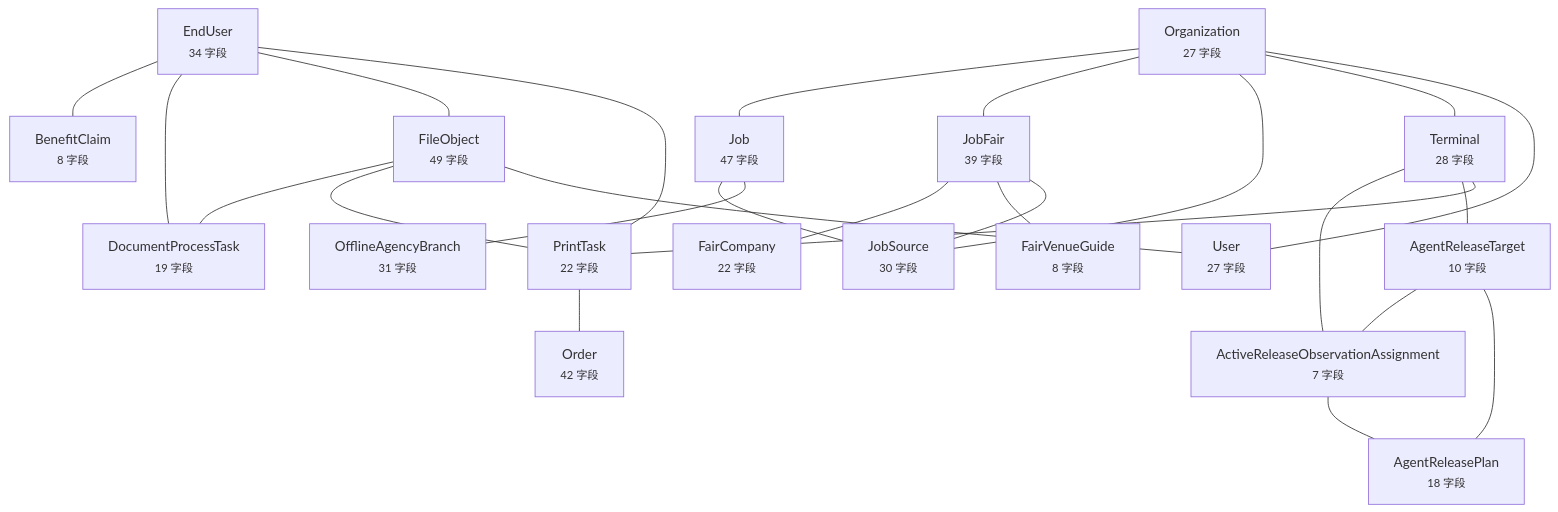
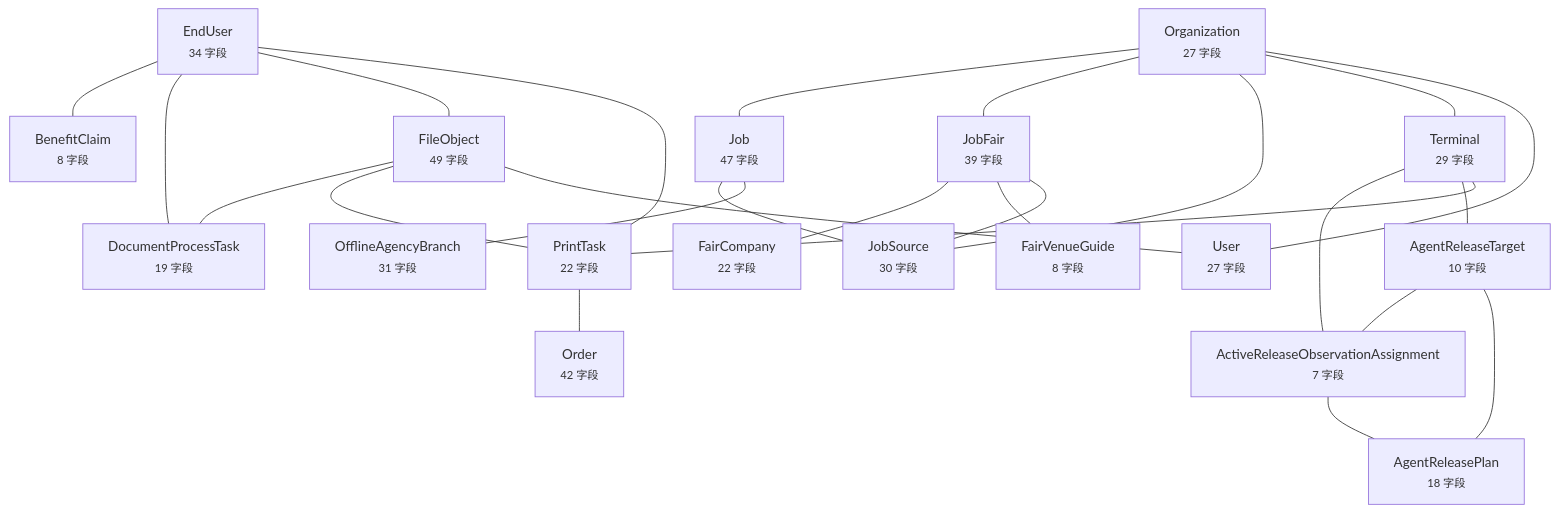
Before and after one commit to wanglei581/YITIJI: the diagram in docs/graph/data-model.md, drawn with Mermaid. The commit also changed other lines of this file and 3 other files, not shown here.

Commit message:
chore(graph): regenerate after merging #1113 #1115

````diff
--- a/docs/graph/data-model.md
+++ b/docs/graph/data-model.md
@@ -10,45 +10,45 @@
 ```mermaid
 flowchart TD
   EndUser["EndUser<br/><small>34 字段</small>"]
   Organization["Organization<br/><small>27 字段</small>"]
-  Terminal["Terminal<br/><small>28 字段</small>"]
+  Terminal["Terminal<br/><small>29 字段</small>"]
   FileObject["FileObject<br/><small>49 字段</small>"]
   Job["Job<br/><small>47 字段</small>"]
   JobFair["JobFair<br/><small>39 字段</small>"]
   JobSource["JobSource<br/><small>30 字段</small>"]
   User["User<br/><small>27 字段</small>"]
   PrintTask["PrintTask<br/><small>22 字段</small>"]
   AgentReleaseTarget["AgentReleaseTarget<br/><small>10 字段</small>"]
   Order["Order<br/><small>42 字段</small>"]
   ActiveReleaseObservationAssignment["ActiveReleaseObservationAssignment<br/><small>7 字段</small>"]
   AgentReleasePlan["AgentReleasePlan<br/><small>18 字段</small>"]
   BenefitClaim["BenefitClaim<br/><small>8 字段</small>"]
   DocumentProcessTask["DocumentProcessTask<br/><small>19 字段</small>"]
   FairCompany["FairCompany<br/><small>22 字段</small>"]
   FairVenueGuide["FairVenueGuide<br/><small>8 字段</small>"]
   OfflineAgencyBranch["OfflineAgencyBranch<br/><small>31 字段</small>"]
   EndUser --- BenefitClaim
   EndUser --- DocumentProcessTask
   EndUser --- FileObject
   EndUser --- PrintTask
   Organization --- Job
   Organization --- JobFair
   Organization --- JobSource
   Organization --- Terminal
   Organization --- User
   Terminal --- ActiveReleaseObservationAssignment
   Terminal --- AgentReleaseTarget
   Terminal --- PrintTask
   FileObject --- DocumentProcessTask
   FileObject --- PrintTask
   FileObject --- User
   Job --- JobSource
   Job --- OfflineAgencyBranch
   JobFair --- FairCompany
   JobFair --- FairVenueGuide
   JobFair --- JobSource
   PrintTask --- Order
   AgentReleaseTarget --- ActiveReleaseObservationAssignment
   AgentReleaseTarget --- AgentReleasePlan
   ActiveReleaseObservationAssignment --- AgentReleasePlan
 ```
````
